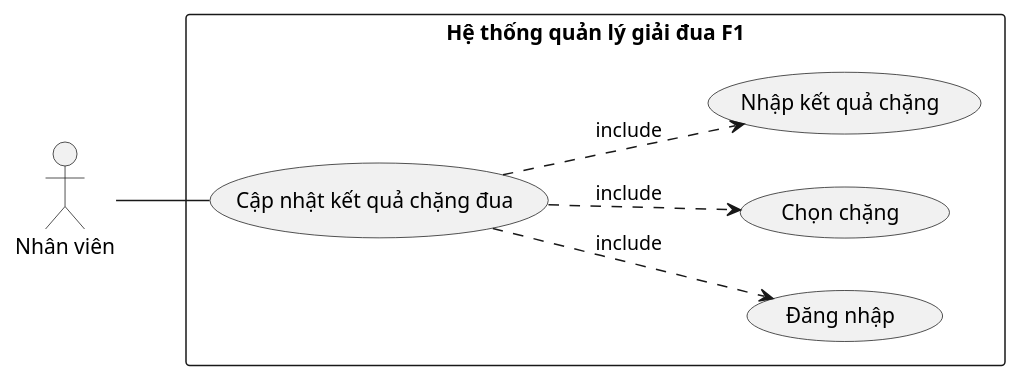
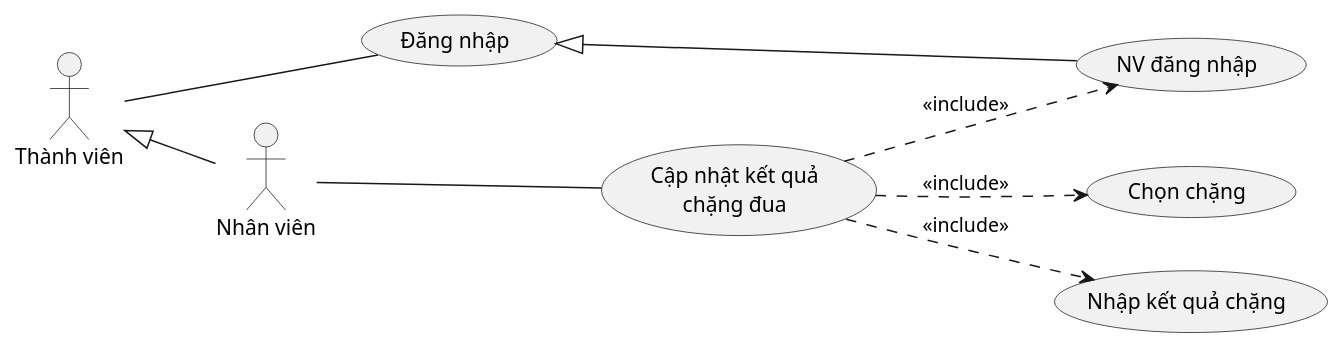
One commit to 7gho/CNPM-He2026 changed the first of 6 diagrams in Module 3 - Kiet/noi-dung.md. Above: the diagram before and after it, drawn with PlantUML. The commit also changed other lines of this file and 41 other files, not shown here.

````diff
--- a/Module 3 - Kiet/noi-dung.md
+++ b/Module 3 - Kiet/noi-dung.md
@@ -44,19 +44,23 @@
 ```plantuml
 @startuml
 left to right direction
 
+actor "Thành viên" as TV
 actor "Nhân viên" as NV
+TV <|-- NV
 
-rectangle "Hệ thống quản lý giải đua F1" {
-  usecase "Cập nhật kết quả chặng đua" as UC
-  usecase "Đăng nhập" as DN
-  usecase "Chọn chặng" as CC
-  usecase "Nhập kết quả chặng" as NK
-}
+usecase "Đăng nhập" as DN
+usecase "NV đăng nhập" as NVDN
+usecase "Cập nhật kết quả\nchặng đua" as UC
+usecase "Chọn chặng" as CC
+usecase "Nhập kết quả chặng" as NK
 
+TV -- DN
 NV -- UC
-UC ..> DN : include
-UC ..> CC : include
-UC ..> NK : include
+
+DN <|-- NVDN
+UC ..> NVDN : <<include>>
+UC ..> CC : <<include>>
+UC ..> NK : <<include>>
 @enduml
 ```
````
